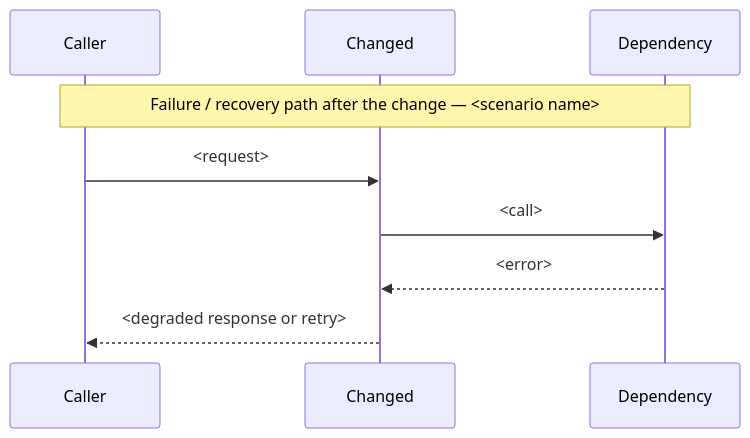
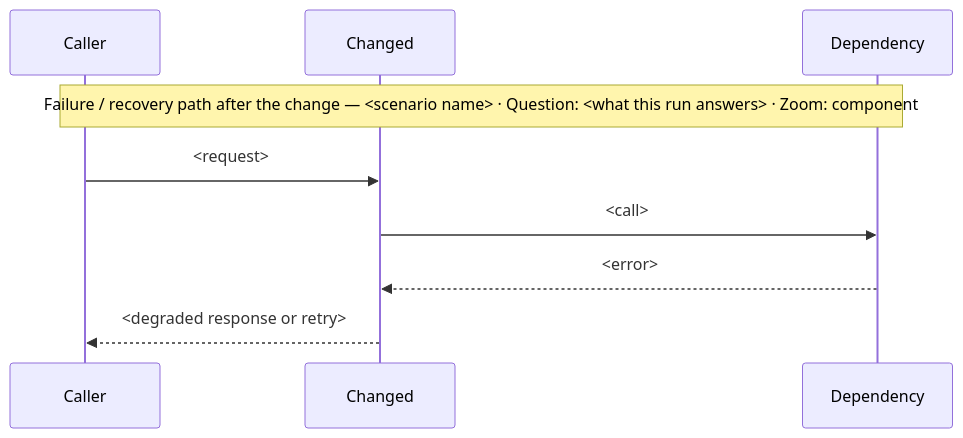
One commit to eugenelim/agent-ready-repo changed the third of 3 diagrams in packs/architect/.apm/skills/architect-design/assets/architecture-change-design.md. Above: the diagram before and after it, drawn with Mermaid. The commit also changed other lines of this file and 24 other files, not shown here.

````diff
--- a/packs/architect/.apm/skills/architect-design/assets/architecture-change-design.md
+++ b/packs/architect/.apm/skills/architect-design/assets/architecture-change-design.md
@@ -91,11 +93,11 @@
 ```mermaid
 sequenceDiagram
     participant Caller
     participant Changed
     participant Dependency
-    Note over Caller,Dependency: Failure / recovery path after the change — <scenario name>
+    Note over Caller,Dependency: Failure / recovery path after the change — <scenario name> · Question: <what this run answers> · Zoom: component
     Caller->>Changed: <request>
     Changed->>Dependency: <call>
     Dependency-->>Changed: <error>
     Changed-->>Caller: <degraded response or retry>
 ```
````
